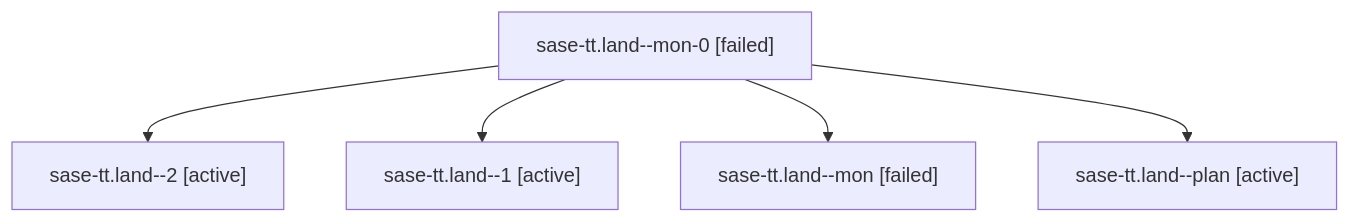
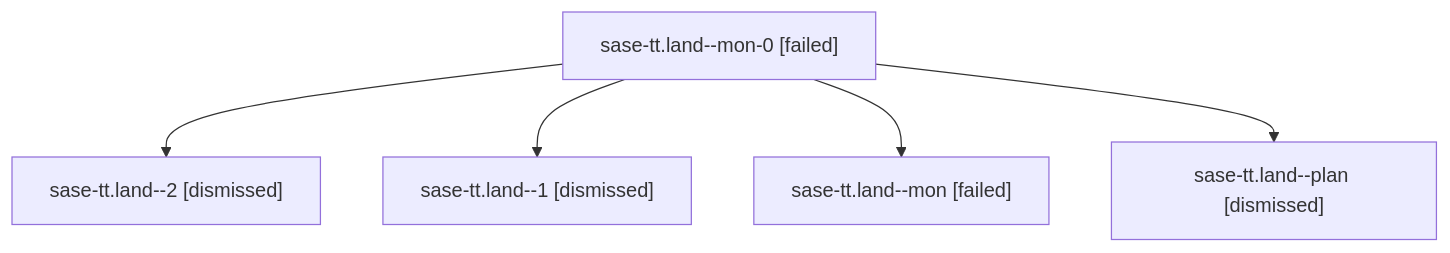
The diagram in sessions/bbugyi200.athena.sase-tt.land.md (sase-org/sase--agents), drawn with Mermaid before and after one commit. The commit also changed other lines of this file and 262 other files, not shown here.

````diff
--- a/sessions/bbugyi200.athena.sase-tt.land.md
+++ b/sessions/bbugyi200.athena.sase-tt.land.md
@@ -9,12 +9,12 @@
 ```mermaid
 flowchart TD
   n0["sase-tt.land--mon-0 [failed]"]
-  n1["sase-tt.land--2 [active]"]
+  n1["sase-tt.land--2 [dismissed]"]
   n0 --> n1
-  n2["sase-tt.land--1 [active]"]
+  n2["sase-tt.land--1 [dismissed]"]
   n0 --> n2
   n3["sase-tt.land--mon [failed]"]
   n0 --> n3
-  n4["sase-tt.land--plan [active]"]
+  n4["sase-tt.land--plan [dismissed]"]
   n0 --> n4
 ```
````
